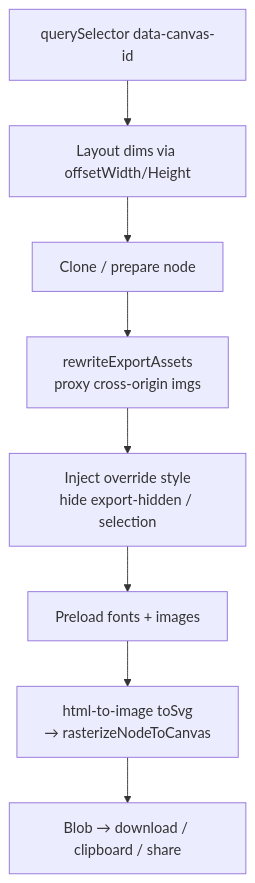
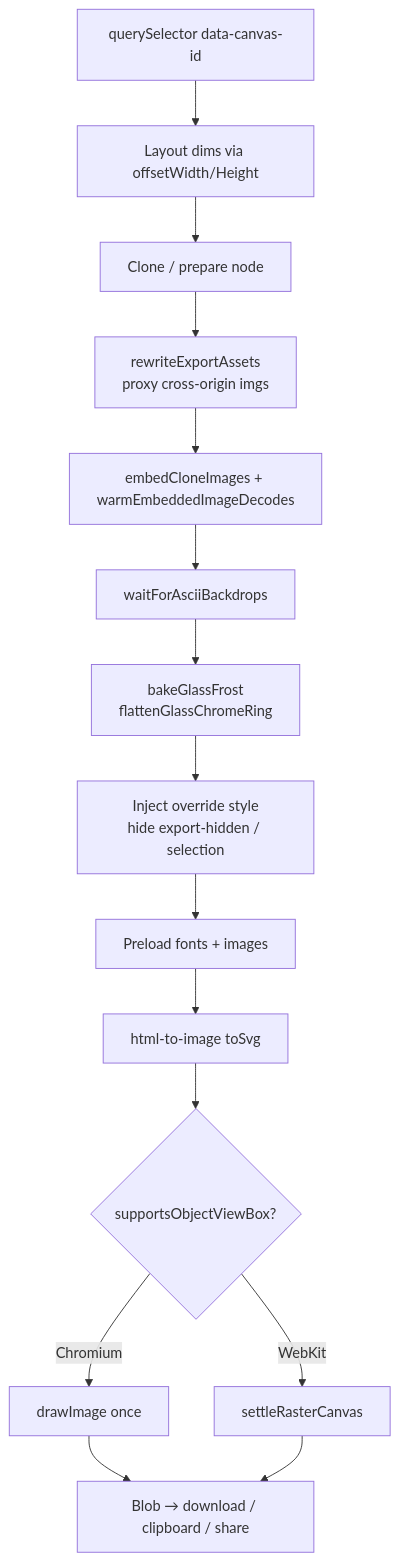
Before and after one commit to ShivaBhattacharjee/Tokokino: the first of 3 diagrams in wiki/core/still-export.md, drawn with Mermaid. The commit also changed other lines of this file and 13 other files, not shown here.

First line of the commit message:
docs: ascii backdrop wiki page, device frame updates, export file map

````diff
--- a/wiki/core/still-export.md
+++ b/wiki/core/still-export.md
@@ -34,10 +34,17 @@
 ```mermaid
 flowchart TD
   Find["querySelector data-canvas-id"] --> Dim["Layout dims via offsetWidth/Height"]
   Dim --> Prep["Clone / prepare node"]
   Prep --> Assets["rewriteExportAssets<br/>proxy cross-origin imgs"]
-  Assets --> Style["Inject override style<br/>hide export-hidden / selection"]
+  Assets --> Embed["embedCloneImages + warmEmbeddedImageDecodes"]
+  Embed --> Ascii["waitForAsciiBackdrops"]
+  Ascii --> Glass["bakeGlassFrost<br/>flattenGlassChromeRing"]
+  Glass --> Style["Inject override style<br/>hide export-hidden / selection"]
   Style --> Preload["Preload fonts + images"]
-  Preload --> FO["html-to-image toSvg<br/>→ rasterizeNodeToCanvas"]
-  FO --> Out["Blob → download / clipboard / share"]
+  Preload --> FO["html-to-image toSvg"]
+  FO --> Raster{"supportsObjectViewBox?"}
+  Raster -->|Chromium| Draw["drawImage once"]
+  Raster -->|WebKit| Settle["settleRasterCanvas"]
+  Draw --> Out["Blob → download / clipboard / share"]
+  Settle --> Out
 ```
````
